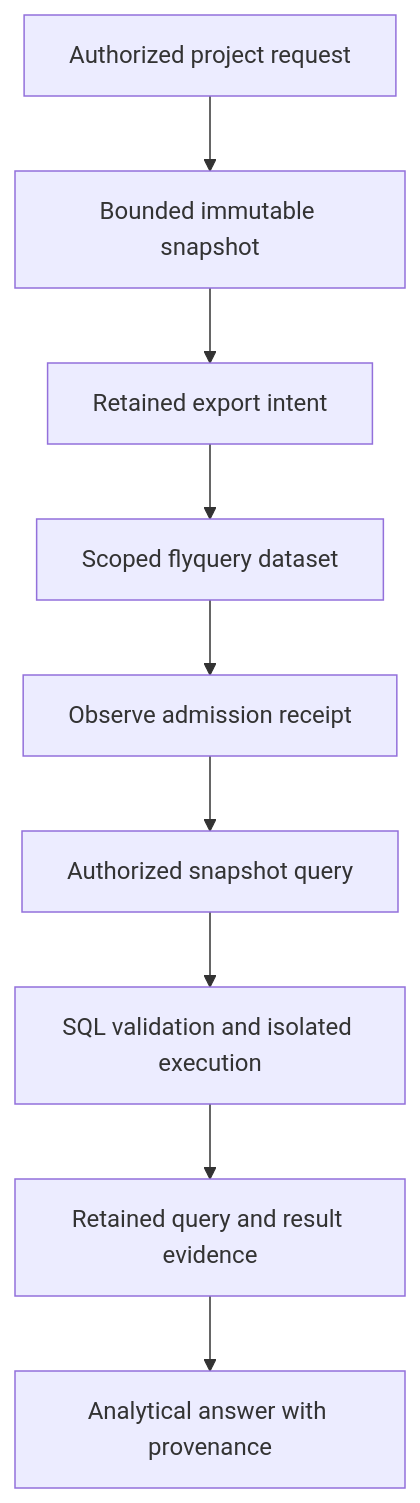
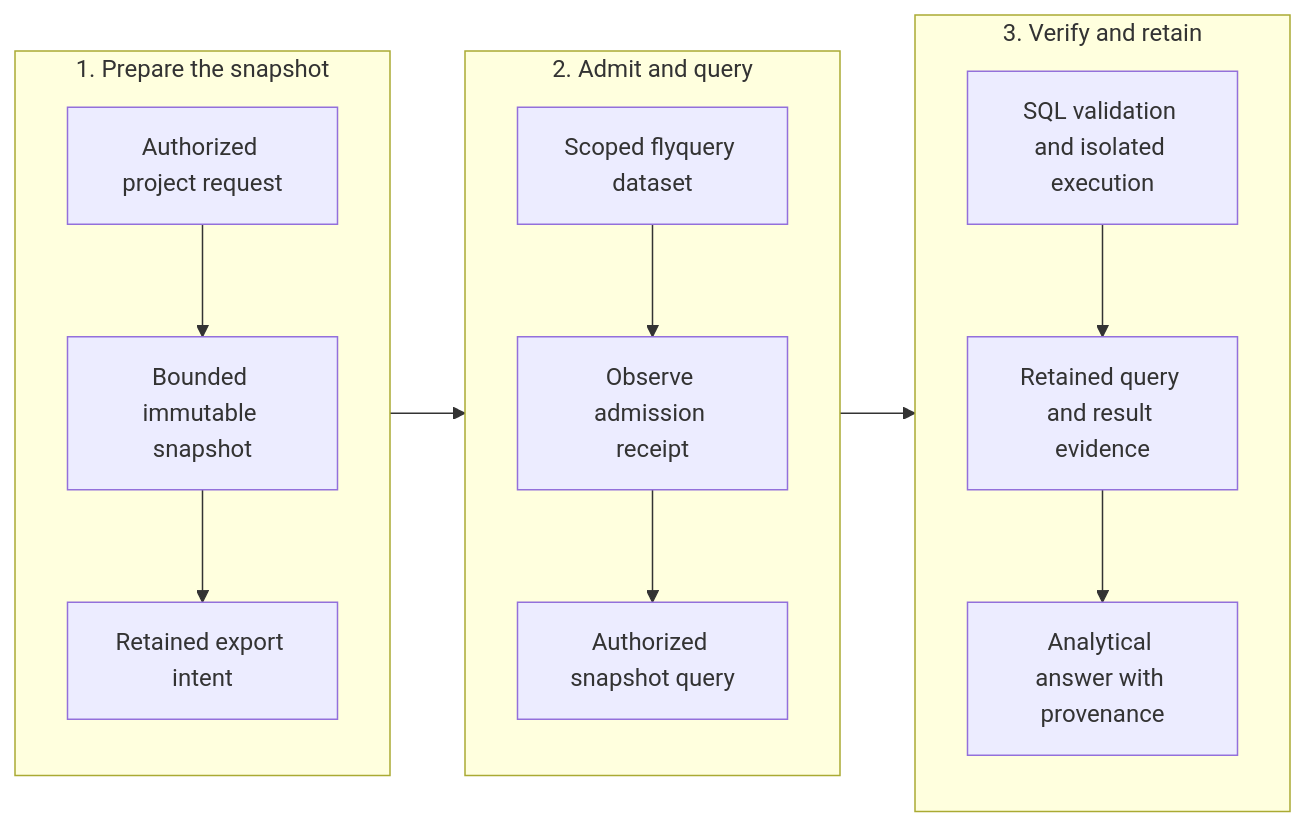
One commit to fireflyframework/firefly-forge changed the diagram in docs/structured-knowledge.md. Above: the diagram before and after it, drawn with Mermaid. The commit also changed other lines of this file and 5 other files, not shown here.

Commit message:
Explain lifecycle flows as accessible horizontal phases

````diff
--- a/docs/structured-knowledge.md
+++ b/docs/structured-knowledge.md
@@ -46,11 +48,24 @@
 ```mermaid
-flowchart TD
+---
+config:
+  flowchart:
+    wrappingWidth: 120
+---
+flowchart LR
+  subgraph PreparePhase["1. Prepare the snapshot"]
+    direction TB
     A[Authorized project request] --> B[Bounded immutable snapshot]
     B --> C[Retained export intent]
-    C --> D[Scoped flyquery dataset]
-    D --> E[Observe admission receipt]
+  end
+  subgraph QueryPhase["2. Admit and query"]
+    direction TB
+    D[Scoped flyquery dataset] --> E[Observe admission receipt]
     E --> F[Authorized snapshot query]
-    F --> G[SQL validation and isolated execution]
-    G --> H[Retained query and result evidence]
+  end
+  subgraph EvidencePhase["3. Verify and retain"]
+    direction TB
+    G[SQL validation and isolated execution] --> H[Retained query and result evidence]
     H --> I[Analytical answer with provenance]
+  end
+  PreparePhase --> QueryPhase --> EvidencePhase
 ```
````
